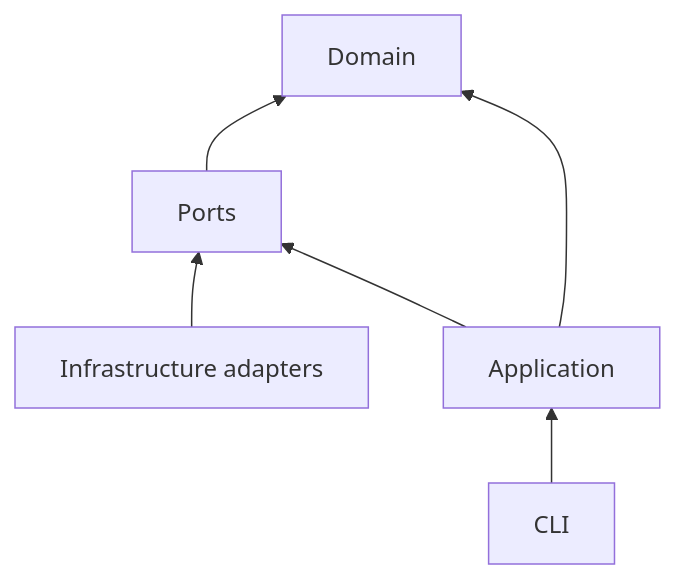
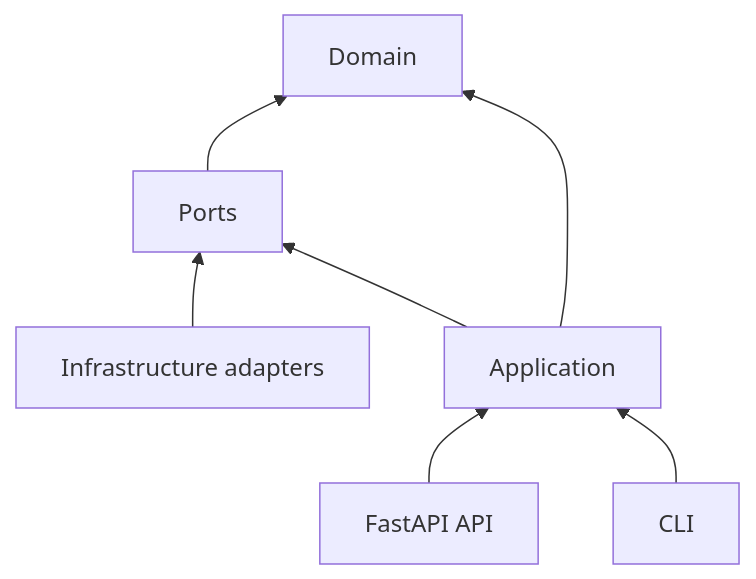
Before and after one commit to Crls8a/cfdi-vault-mx: the third of 3 diagrams in docs/foundation/architecture-blueprint.md, drawn with Mermaid. The commit also changed other lines of this file and 27 other files, not shown here.

Commit message:
docs(architecture): document postgres queue api contract

````diff
--- a/docs/foundation/architecture-blueprint.md
+++ b/docs/foundation/architecture-blueprint.md
@@ -48,8 +55,9 @@
 ```mermaid
 flowchart BT
     Infra["Infrastructure adapters"] --> Ports["Ports"]
+    API["FastAPI API"] --> App["Application"]
     CLI["CLI"] --> App["Application"]
     App --> Ports
     App --> Domain["Domain"]
     Ports --> Domain
 ```
````
